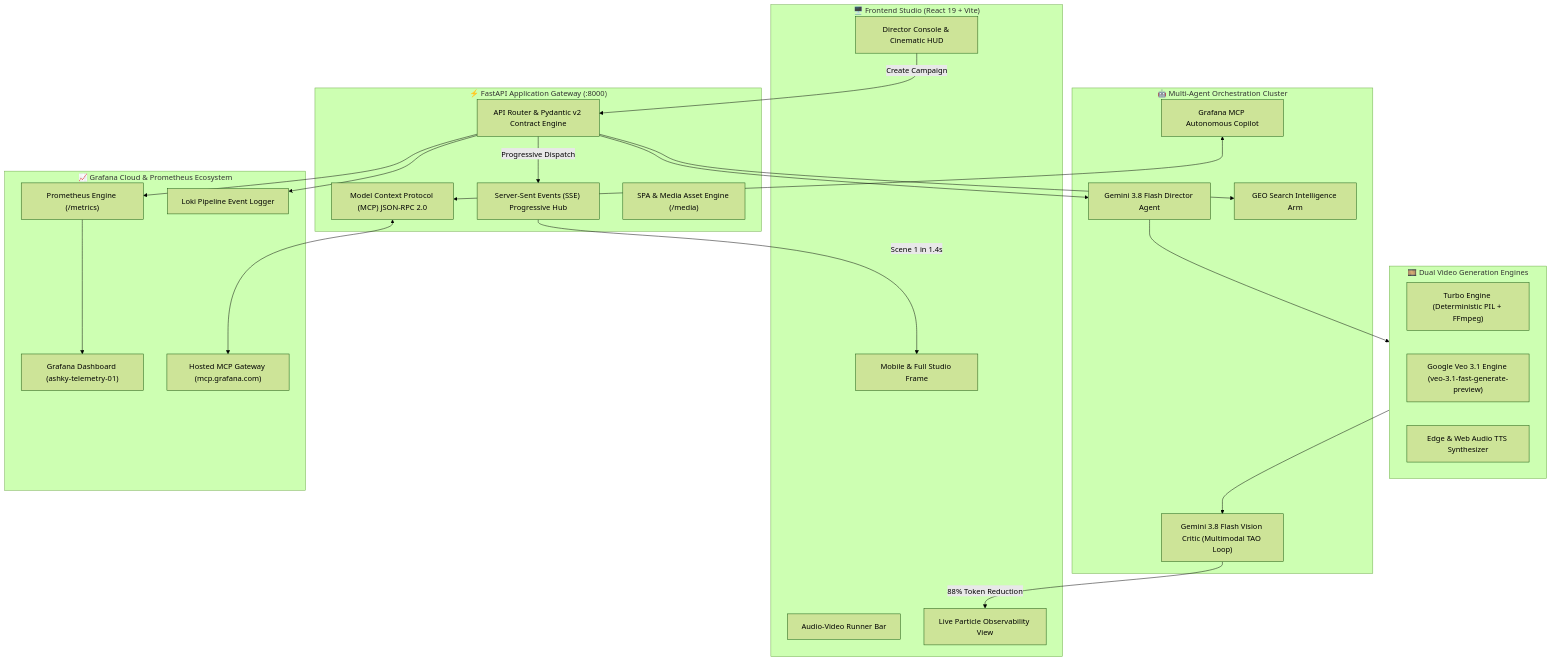
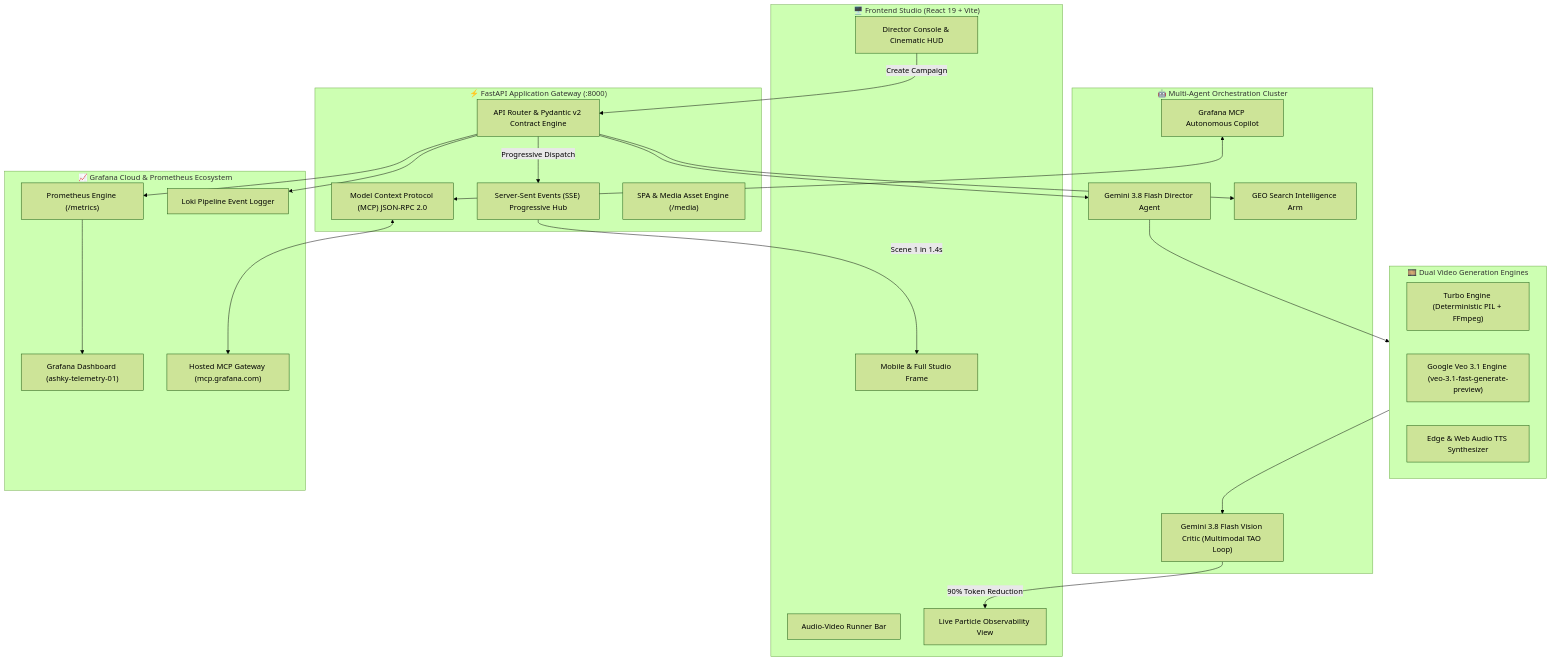
One commit to N-45div/Ashky changed the first of 3 diagrams in README.md. Above: the diagram before and after it, drawn with Mermaid (forest theme). The commit also changed other lines of this file and 5 other files, not shown here.

Commit message:
docs: align scorecard values and unify 90% token reduction across README, ARCHITECTURE, and TESTING

````diff
--- a/README.md
+++ b/README.md
@@ -42,50 +42,50 @@
 ```mermaid
 graph TD
     subgraph ClientLayer["🖥️ Frontend Studio (React 19 + Vite)"]
         UI["Director Console & Cinematic HUD"]
         Phone["Mobile & Full Studio Frame"]
         Runner["Audio-Video Runner Bar"]
         ObservabilityHUD["Live Particle Observability View"]
     end
 
     subgraph FastAPIGateway["⚡ FastAPI Application Gateway (:8000)"]
         Router["API Router & Pydantic v2 Contract Engine"]
         SSEHub["Server-Sent Events (SSE) Progressive Hub"]
         MCPDispatcher["Model Context Protocol (MCP) JSON-RPC 2.0"]
         StaticMounter["SPA & Media Asset Engine (/media)"]
     end
 
     subgraph AgenticCluster["🤖 Multi-Agent Orchestration Cluster"]
         Director["Gemini 3.8 Flash Director Agent"]
         Critic["Gemini 3.8 Flash Vision Critic (Multimodal TAO Loop)"]
         GEOScout["GEO Search Intelligence Arm"]
         SREAgent["Grafana MCP Autonomous Copilot"]
     end
 
     subgraph GenerationEngines["🎞️ Dual Video Generation Engines"]
         Turbo["Turbo Engine (Deterministic PIL + FFmpeg)"]
         Veo["Google Veo 3.1 Engine (veo-3.1-fast-generate-preview)"]
         TTS["Edge & Web Audio TTS Synthesizer"]
     end
 
     subgraph ObservabilityLayer["📈 Grafana Cloud & Prometheus Ecosystem"]
         Prom["Prometheus Engine (/metrics)"]
         Loki["Loki Pipeline Event Logger"]
         Dash["Grafana Dashboard (ashky-telemetry-01)"]
         MCPHosted["Hosted MCP Gateway (mcp.grafana.com)"]
     end
 
     UI -->|Create Campaign| Router
     Router -->|Progressive Dispatch| SSEHub
     SSEHub -->|Scene 1 in 1.4s| Phone
     Router --> Director
     Director --> GenerationEngines
     GenerationEngines --> Critic
-    Critic -->|88% Token Reduction| ObservabilityHUD
+    Critic -->|90% Token Reduction| ObservabilityHUD
     Router --> GEOScout
     MCPDispatcher <--> MCPHosted
     Router --> Prom
     Router --> Loki
     Prom --> Dash
     SREAgent <--> MCPDispatcher
 ```
````
